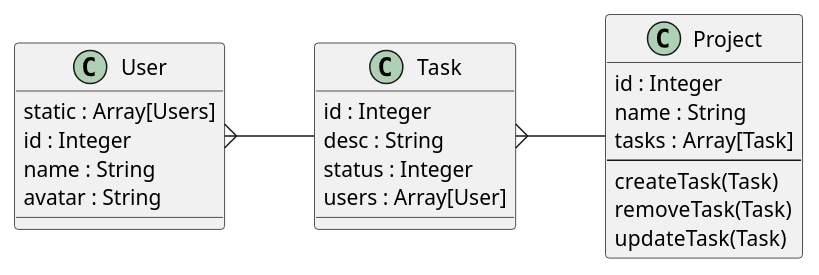
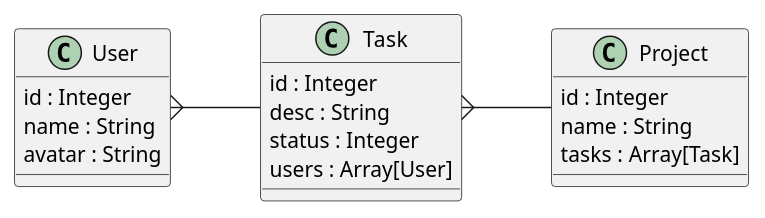
One commit to joshwilson00/SuperAwesomeKanbanBoard changed the diagram in kanban.plantuml. Above: the diagram before and after it, drawn with PlantUML.

```diff
--- a/kanban.plantuml
+++ b/kanban.plantuml
@@ -1,33 +1,28 @@
 @startuml Kanban class diagram
 
 left to right direction
 
 class User {
-    static : Array[Users]
     id : Integer
     name : String
     avatar : String 
 }
 
 class Task {
     id : Integer
     desc : String
     status : Integer
     users : Array[User]
 }
 
 class Project {
     id : Integer
     name : String
     tasks : Array[Task]
-    ---
-    createTask(Task)
-    removeTask(Task)
-    updateTask(Task)
 }
 
 User }-- Task
 Task }-- Project
 
 
 @enduml
```
